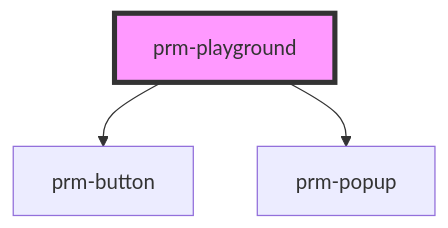
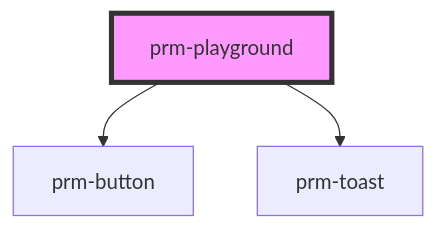
Before and after one commit to prismaui/prismaui: the diagram in packages/core/src/components/playground/readme.md, drawn with Mermaid. The commit also changed other lines of this file and 13 other files, not shown here.

````diff
--- a/packages/core/src/components/playground/readme.md
+++ b/packages/core/src/components/playground/readme.md
@@ -16,6 +16,6 @@
 ```mermaid
 graph TD;
   prm-playground --> prm-button
-  prm-playground --> prm-popup
+  prm-playground --> prm-toast
   style prm-playground fill:#f9f,stroke:#333,stroke-width:4px
 ```
````
